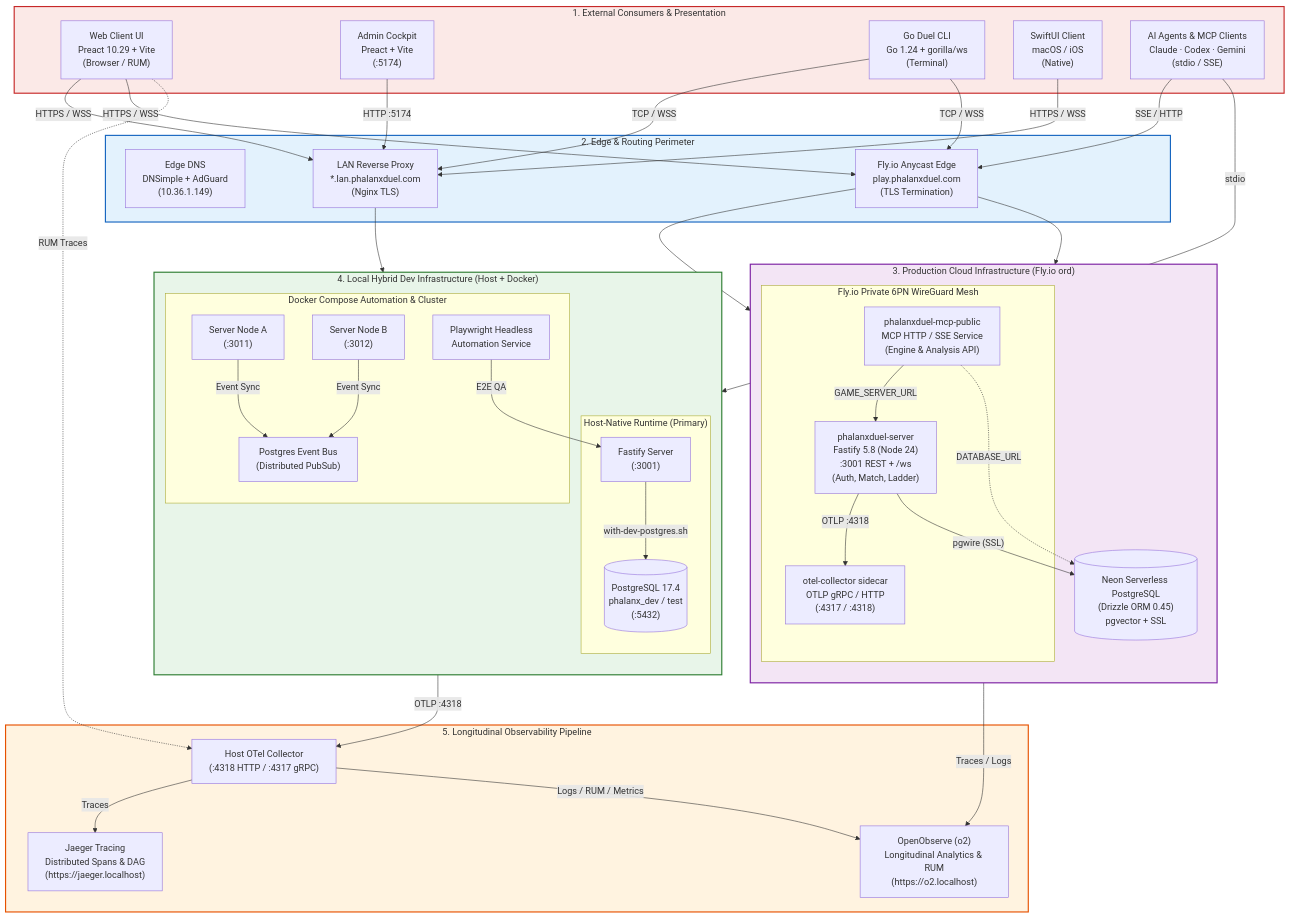
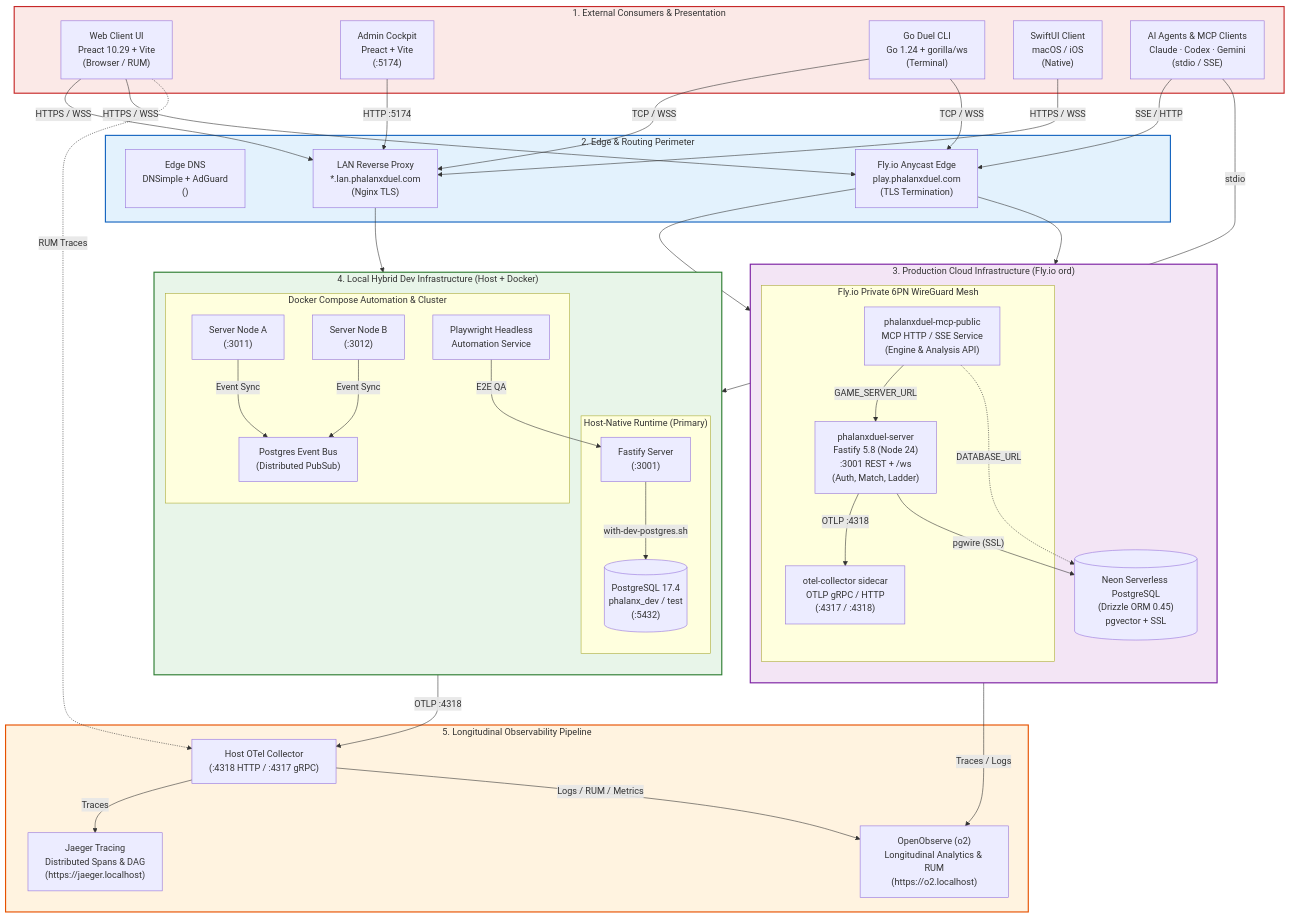
Before and after one commit to phalanxduel/phalanxduel: the diagram in docs/system/INFRASTRUCTURE.md, drawn with Mermaid. The commit also changed 8 other files, not shown here.

```diff
--- a/docs/system/INFRASTRUCTURE.md
+++ b/docs/system/INFRASTRUCTURE.md
@@ -30,7 +30,7 @@
     %% Edge & Network Perimeter
     %% =========================================================================
     subgraph Edge["2. Edge & Routing Perimeter"]
-        DNS["Edge DNS\nDNSimple + AdGuard\n(10.36.1.149)"]
+        DNS["Edge DNS\nDNSimple + AdGuard\n(<HOST_LAN_IP>)"]
         Nginx["LAN Reverse Proxy\n*.lan.phalanxduel.com\n(Nginx TLS)"]
         FlyEdge["Fly.io Anycast Edge\nplay.phalanxduel.com\n(TLS Termination)"]
     end
```
